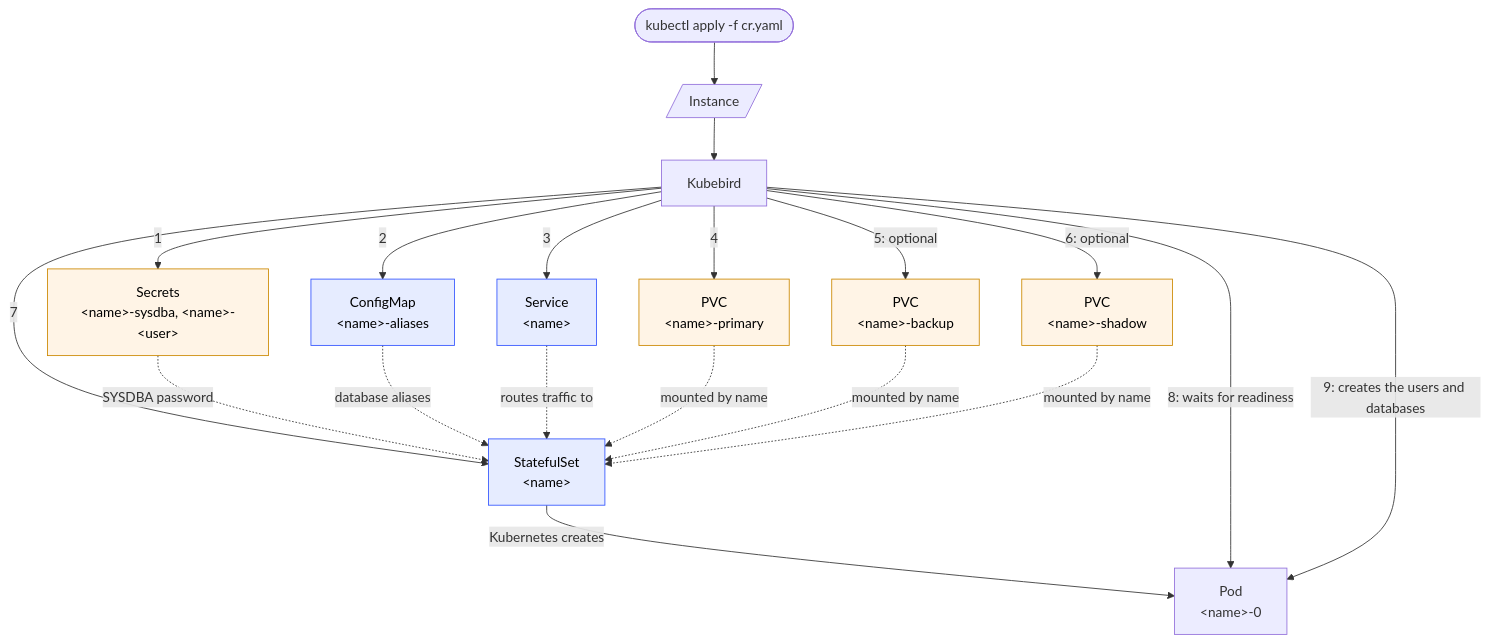
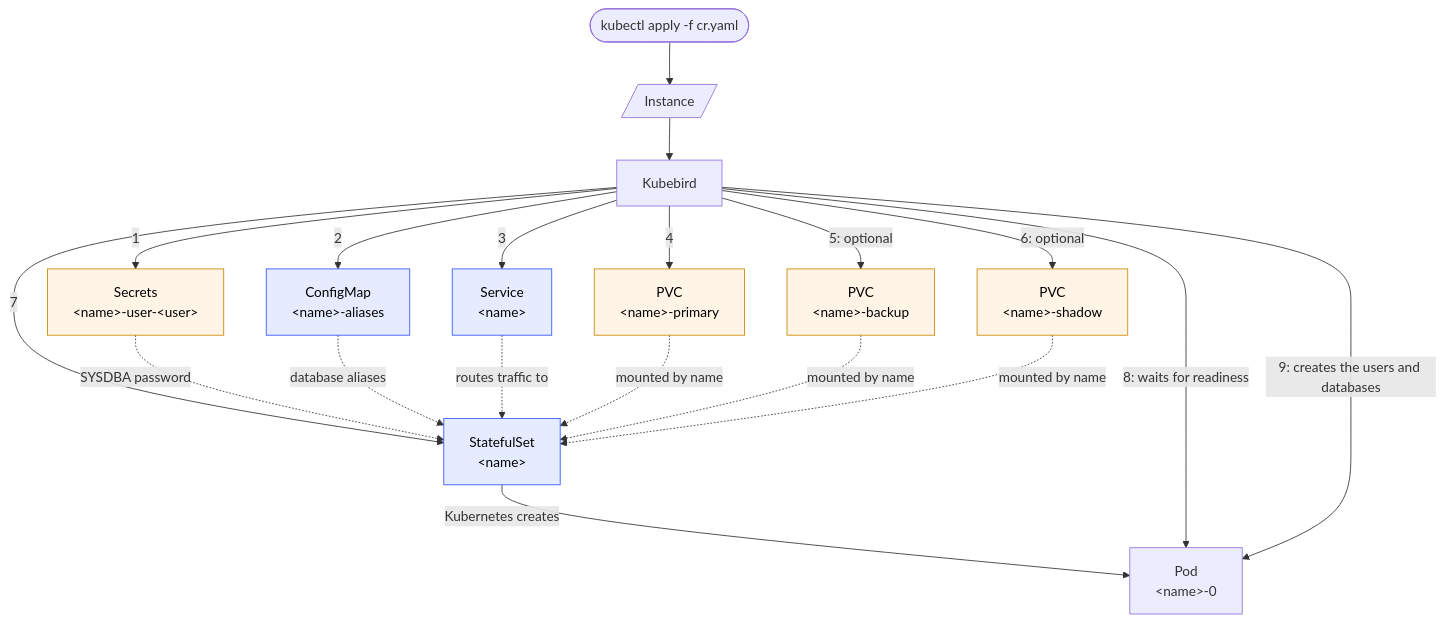
Before and after one commit to henryx/kubebird: the diagram in README.md, drawn with Mermaid. The commit also changed other lines of this file and 19 other files, not shown here.

First line of the commit message:
Renamed generated user Secrets to <instance>-user-<user>

````diff
--- a/README.md
+++ b/README.md
@@ -213,30 +213,30 @@
 ```mermaid
 flowchart TD
     User(["kubectl apply -f cr.yaml"]) --> CR[/"Instance"/]
     CR --> Kubebird["Kubebird"]
 
-    Kubebird -->|"1"| Secret["Secrets<br/>&lt;name&gt;-sysdba, &lt;name&gt;-&lt;user&gt;"]
+    Kubebird -->|"1"| Secret["Secrets<br/>&lt;name&gt;-user-&lt;user&gt;"]
     Kubebird -->|"2"| CM["ConfigMap<br/>&lt;name&gt;-aliases"]
     Kubebird -->|"3"| Service["Service<br/>&lt;name&gt;"]
     Kubebird -->|"4"| PVCPrimary["PVC<br/>&lt;name&gt;-primary"]
     Kubebird -->|"5: optional"| PVCBackup["PVC<br/>&lt;name&gt;-backup"]
     Kubebird -->|"6: optional"| PVCShadow["PVC<br/>&lt;name&gt;-shadow"]
     Kubebird -->|"7"| STS["StatefulSet<br/>&lt;name&gt;"]
 
     Secret -.->|SYSDBA password| STS
     CM -.->|database aliases| STS
     Service -.->|routes traffic to| STS
     PVCPrimary -.->|mounted by name| STS
     PVCBackup -.->|mounted by name| STS
     PVCShadow -.->|mounted by name| STS
 
     STS -->|Kubernetes creates| Pod["Pod<br/>&lt;name&gt;-0"]
 
     Kubebird -->|"8: waits for readiness"| Pod
     Kubebird -->|"9: creates the users and databases"| Pod
 
     classDef owned fill:#e6ecff,stroke:#3355ff,color:#000
     class CM,Service,STS owned
     classDef unowned fill:#fff4e6,stroke:#cc8800,color:#000
     class Secret,PVCPrimary,PVCBackup,PVCShadow unowned
 ```
````
